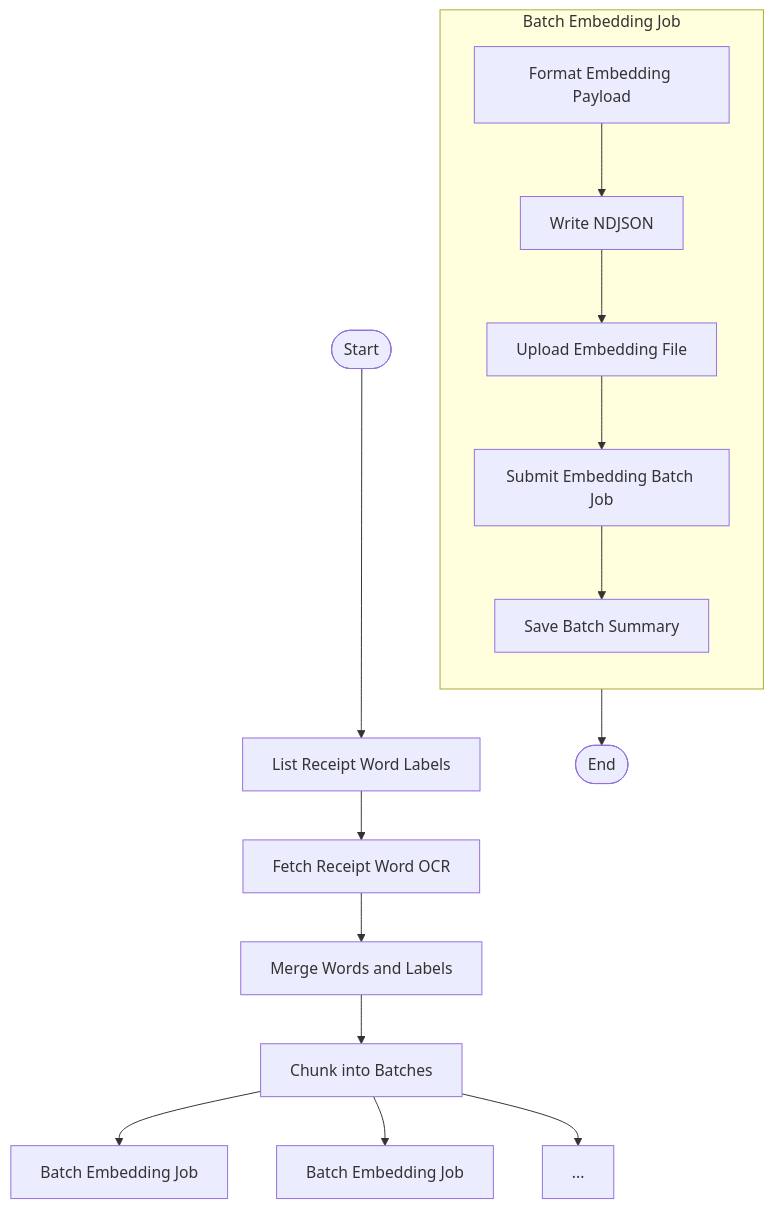
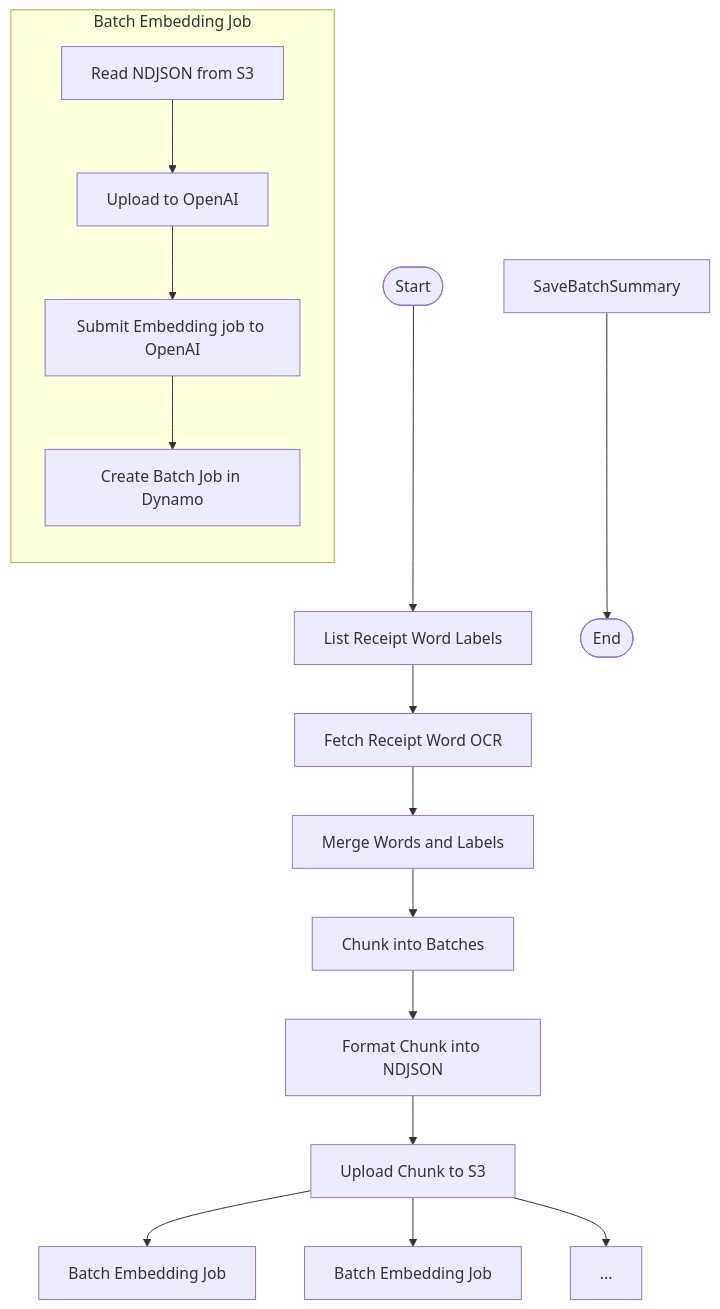
One commit to tnorlund/Portfolio changed the diagram in receipt_label/receipt_label/submit_embedding_batch/README.md. Above: the diagram before and after it, drawn with Mermaid. The commit also changed other lines of this file and 31 other files, not shown here.

First line of the commit message:
🔨 Can submit batch embedding

````diff
--- a/receipt_label/receipt_label/submit_embedding_batch/README.md
+++ b/receipt_label/receipt_label/submit_embedding_batch/README.md
@@ -69,21 +78,22 @@
 ```mermaid
 flowchart TD
     Start([Start]) --> ListReceiptWordLabels["List Receipt Word Labels"]
     ListReceiptWordLabels --> FetchReceiptWords["Fetch Receipt Word OCR"]
     FetchReceiptWords --> JoinWordsAndLabels["Merge Words and Labels"]
     JoinWordsAndLabels --> ChunkIntoEmbeddingBatches["Chunk into Batches"]
+    ChunkIntoEmbeddingBatches --> FormatChunk["Format Chunk into NDJSON"]
+    FormatChunk --> UploadChunk["Upload Chunk to S3"]
 
-    ChunkIntoEmbeddingBatches --> EachEmbeddingBatch["Batch Embedding Job"]
-    ChunkIntoEmbeddingBatches --> EachEmbeddingBatch1["Batch Embedding Job"]
-    ChunkIntoEmbeddingBatches --> EachEmbeddingBatchEllipsis["..."]
+    UploadChunk --> EachEmbeddingBatch["Batch Embedding Job"]
+    UploadChunk --> EachEmbeddingBatch1["Batch Embedding Job"]
+    UploadChunk --> EachEmbeddingBatchEllipsis["..."]
 
     subgraph "Batch Embedding Job"
         direction TB
-        GenerateOpenAIInput["Format Embedding Payload"] --> WriteNDJSON["Write NDJSON"]
-        WriteNDJSON --> UploadEmbeddingFile["Upload Embedding File"]
-        UploadEmbeddingFile --> SubmitEmbeddingBatchJob["Submit Embedding Batch Job"]
-        SubmitEmbeddingBatchJob --> SaveBatchSummary["Save Batch Summary"]
+        ReadNDJSON["Read NDJSON from S3"] --> UploadToOpenAI["Upload to OpenAI"]
+        UploadToOpenAI --> SubmitEmbeddingBatchJob["Submit Embedding job to OpenAI"]
+        SubmitEmbeddingBatchJob --> CreateBatchJobDynamo["Create Batch Job in Dynamo"]
     end
 
     SaveBatchSummary --> End([End])
 ```
````
